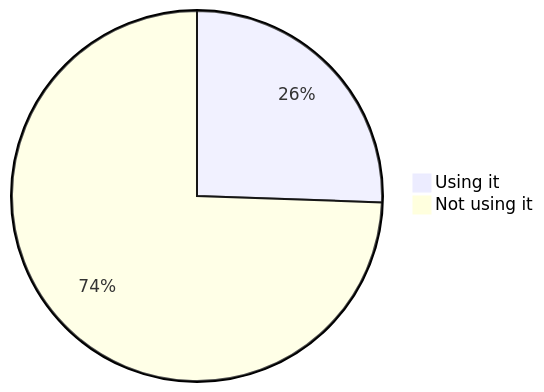
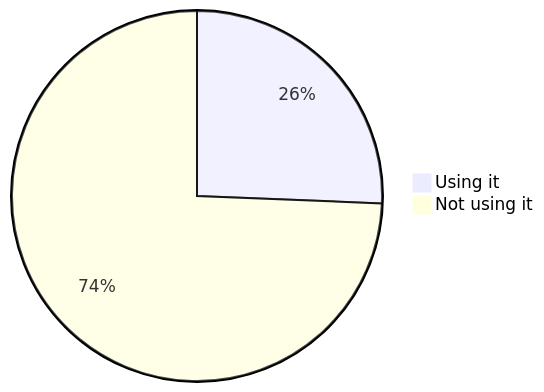
Before and after one commit to oshp/oshp-stats: diagram 14 of 22 in stats.md, drawn with Mermaid. The commit also changed other lines of this file, not shown here.

````diff
--- a/stats.md
+++ b/stats.md
@@ -166,6 +166,6 @@
 ```mermaid
 pie
-	"Using it" : 25.55
-	"Not using it" : 74.45
+	"Using it" : 25.64
+	"Not using it" : 74.36
 
 ```
````
